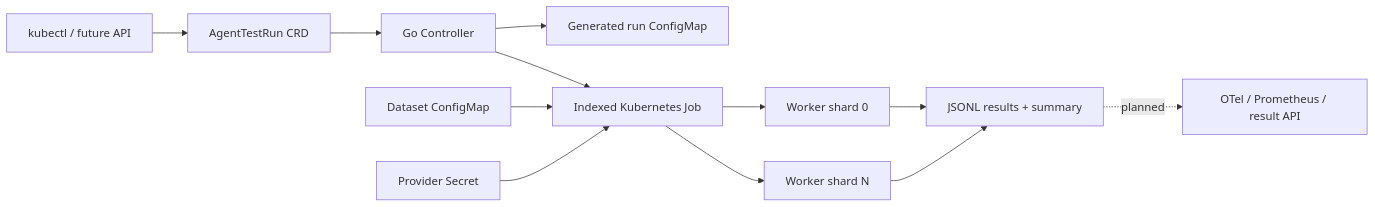
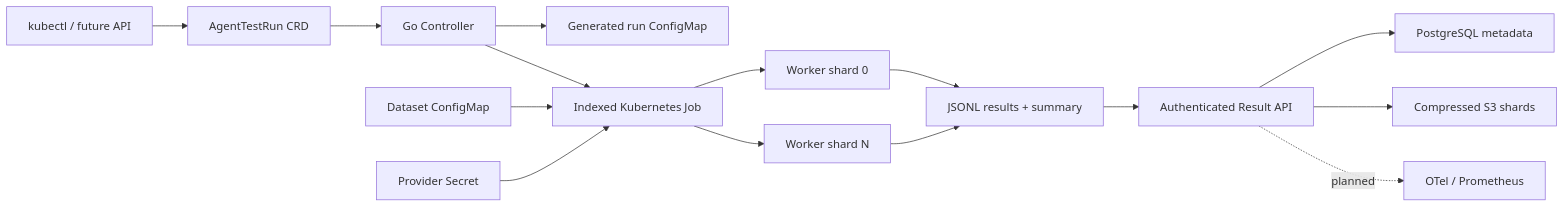
One commit to Alphasxd/AgentStorm changed the diagram in README.md. Above: the diagram before and after it, drawn with Mermaid. The commit also changed other lines of this file and 10 other files, not shown here.

````diff
--- a/README.md
+++ b/README.md
@@ -38,14 +41,17 @@
 ```mermaid
 flowchart LR
     User["kubectl / future API"] --> CR["AgentTestRun CRD"]
     CR --> Controller["Go Controller"]
     Controller --> Config["Generated run ConfigMap"]
     Controller --> Job["Indexed Kubernetes Job"]
     Dataset["Dataset ConfigMap"] --> Job
     Secret["Provider Secret"] --> Job
     Job --> W1["Worker shard 0"]
     Job --> W2["Worker shard N"]
     W1 --> Result["JSONL results + summary"]
     W2 --> Result
-    Result -. planned .-> Telemetry["OTel / Prometheus / result API"]
+    Result --> ResultAPI["Authenticated Result API"]
+    ResultAPI --> PostgreSQL["PostgreSQL metadata"]
+    ResultAPI --> ObjectStore["Compressed S3 shards"]
+    ResultAPI -. planned .-> Telemetry["OTel / Prometheus"]
 ```
````
